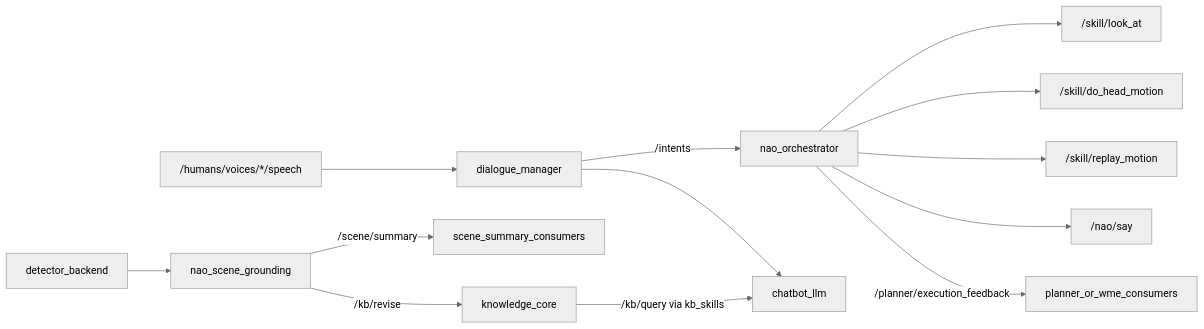
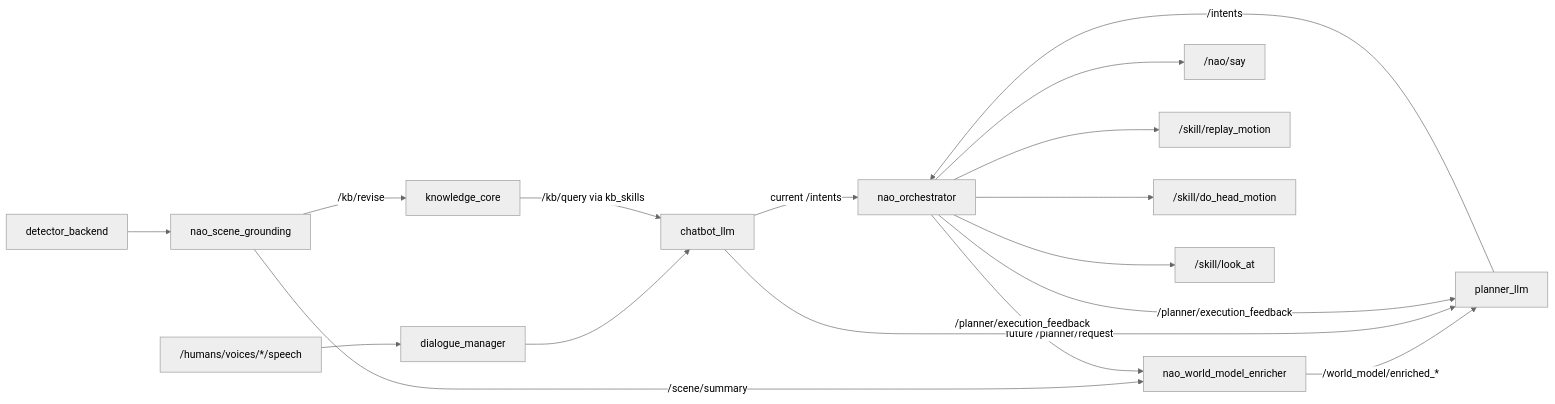
The diagram in docs/node_interactions_map.md (ieverythng/nao-ros4hri-bridge), drawn with Mermaid (neutral theme) before and after one commit. The commit also changed other lines of this file and 25 other files, not shown here.

First line of the commit message:
feat: add planner_llm and world model enricher runtime

````diff
--- a/docs/node_interactions_map.md
+++ b/docs/node_interactions_map.md
@@ -29,15 +31,19 @@
 ```mermaid
 graph LR
     speech["/humans/voices/*/speech"] --> dm["dialogue_manager"]
     dm --> chatbot["chatbot_llm"]
     detector["detector_backend"] --> grounding["nao_scene_grounding"]
     grounding -->|/kb/revise| kb["knowledge_core"]
     kb -->|/kb/query via kb_skills| chatbot
-    grounding -->|/scene/summary| summary["scene_summary_consumers"]
-    dm -->|/intents| orch["nao_orchestrator"]
-    orch -->|/planner/execution_feedback| planner["planner_or_wme_consumers"]
+    grounding -->|/scene/summary| wme["nao_world_model_enricher"]
+    wme -->|/world_model/enriched_*| planner["planner_llm"]
+    chatbot -->|current /intents| orch["nao_orchestrator"]
+    chatbot -->|future /planner/request| planner
+    planner -->|/intents| orch["nao_orchestrator"]
+    orch -->|/planner/execution_feedback| planner
+    orch -->|/planner/execution_feedback| wme
     orch --> say["/nao/say"]
     orch --> motion["/skill/replay_motion"]
     orch --> head["/skill/do_head_motion"]
     orch --> look["/skill/look_at"]
 ```
````
